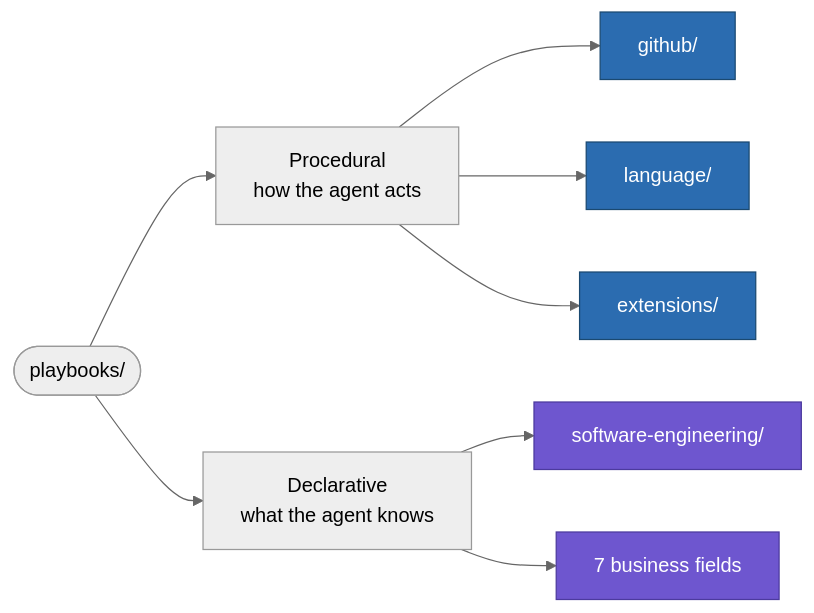
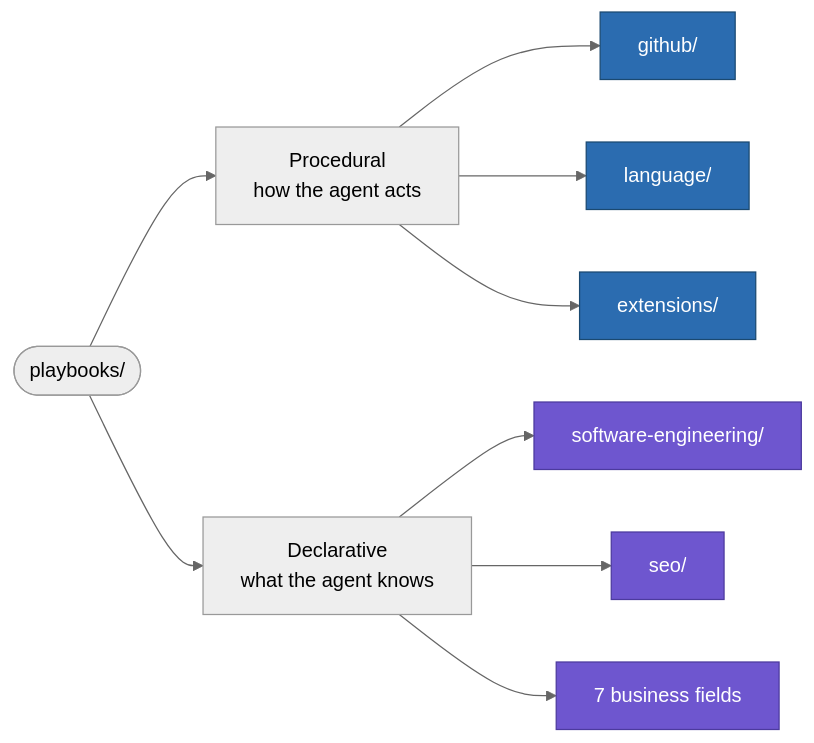
The diagram in README.md (kariemSeiam/playbooks), drawn with Mermaid (neutral theme) before and after one commit. The commit also changed other lines of this file and 8 other files, not shown here.

````diff
--- a/README.md
+++ b/README.md
@@ -33,18 +33,19 @@
 ```mermaid
 flowchart LR
     Root(["playbooks/"])
     Root --> Proc["Procedural\nhow the agent acts"]
     Root --> Decl["Declarative\nwhat the agent knows"]
 
     Proc --> gh["github/"]
     Proc --> lang["language/"]
     Proc --> ext["extensions/"]
 
     Decl --> se["software-engineering/"]
+    Decl --> seo["seo/"]
     Decl --> biz["7 business fields"]
 
     classDef proc fill:#2b6cb0,stroke:#1a4971,color:#fff
     classDef decl fill:#6E56CF,stroke:#4c3a9e,color:#fff
     class gh,lang,ext proc
-    class se,biz decl
+    class se,seo,biz decl
 ```
````
